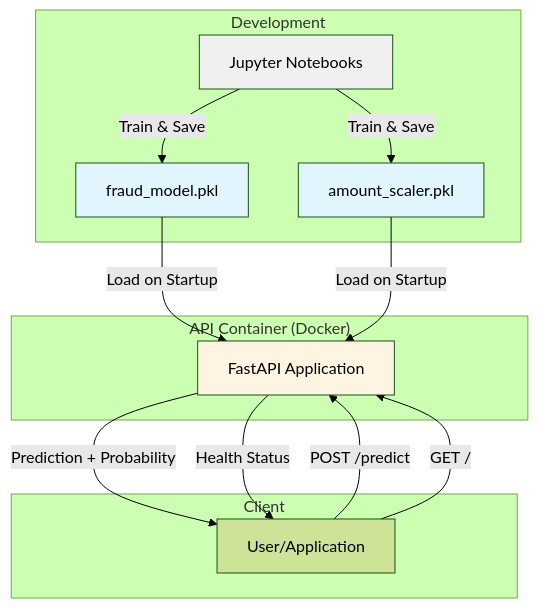
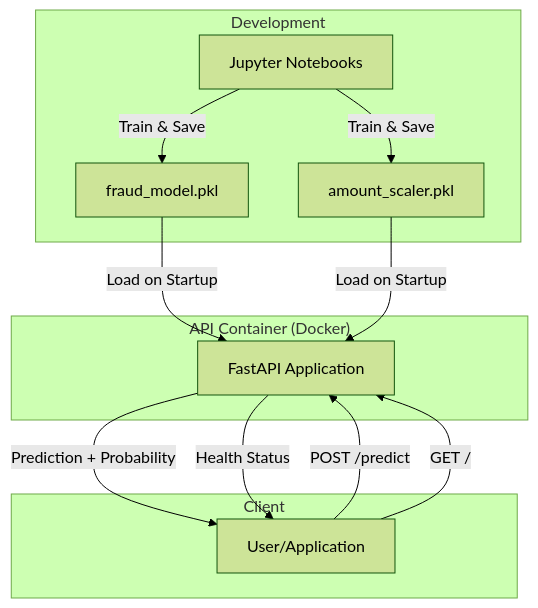
The first of 2 diagrams in README.md (yrsci/fraud-detection-api), drawn with Mermaid (forest theme) before and after one commit. The commit also changed other lines of this file, not shown here.

Commit message:
Typo fix & experiment with graph style

````diff
--- a/README.md
+++ b/README.md
@@ -31,28 +31,25 @@
 ```mermaid
 graph TB
     subgraph "Development"
         NB[Jupyter Notebooks]
         NB --> |Train & Save| MODEL[fraud_model.pkl]
         NB --> |Train & Save| SCALER[amount_scaler.pkl]
     end
     
     subgraph "API Container (Docker)"
         FASTAPI[FastAPI Application]
         MODEL --> |Load on Startup| FASTAPI
         SCALER --> |Load on Startup| FASTAPI
     end
     
     subgraph "Client"
         USER[User/Application]
     end
     
     USER --> |POST /predict| FASTAPI
     FASTAPI --> |Prediction + Probability| USER
     USER --> |GET /| FASTAPI
     FASTAPI --> |Health Status| USER
     
-    style MODEL fill:#e1f5ff
-    style SCALER fill:#e1f5ff
-    style FASTAPI fill:#fff4e1
-    style NB fill:#f0f0f0
+
 ```
````
